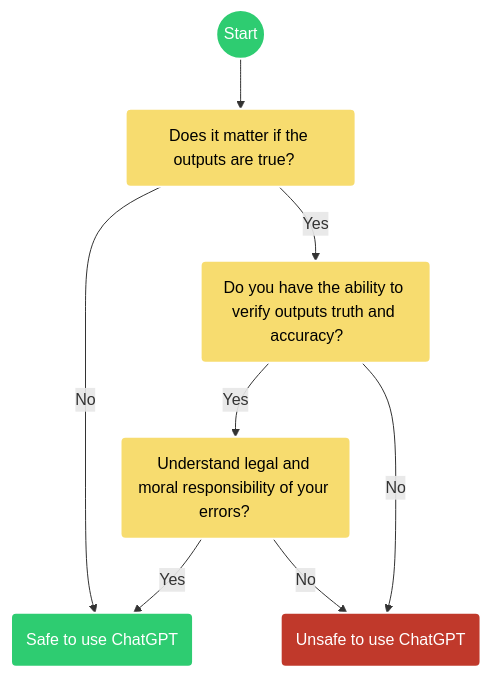
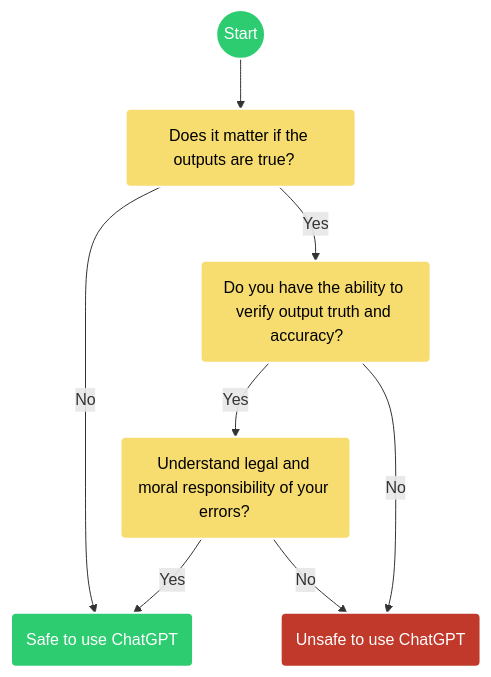
Before and after one commit to ua-data7/introllms: the diagram in docs/chatgpt_prompts.md, drawn with Mermaid. The commit also changed other lines of this file and 2 other files, not shown here.

````diff
--- a/docs/chatgpt_prompts.md
+++ b/docs/chatgpt_prompts.md
@@ -5,17 +5,17 @@
 ``` mermaid
 graph TB
   A((Start)) --> B("Does it matter if the outputs are true?  &nbsp");
   B -->| No | F("Safe to use ChatGPT");
-  B -->| Yes | C("Do you have the ability to verify outputs truth and accuracy? &nbsp &nbsp");
+  B -->| Yes | C("Do you have the ability to verify output truth and accuracy? &nbsp &nbsp");
   C -->| Yes | D("Understand legal and moral responsibility of your errors?  &nbsp &nbsp");
   C -->| No | E("Unsafe to use ChatGPT");
   D -->| Yes | F("Safe to use ChatGPT");
   D -->| No | E("Unsafe to use ChatGPT");
 
   style A fill:#2ECC71,stroke:#fff,stroke-width:2px,color:#fff
   style B fill:#F7DC6F,stroke:#fff,stroke-width:2px,color:#000
   style C fill:#F7DC6F,stroke:#fff,stroke-width:2px,color:#000
   style D fill:#F7DC6F,stroke:#fff,stroke-width:2px,color:#000
   style E fill:#C0392B,stroke:#fff,stroke-width:2px,color:#fff
   style F fill:#2ECC71,stroke:#fff,stroke-width:2px,color:#fff
 ```
````
